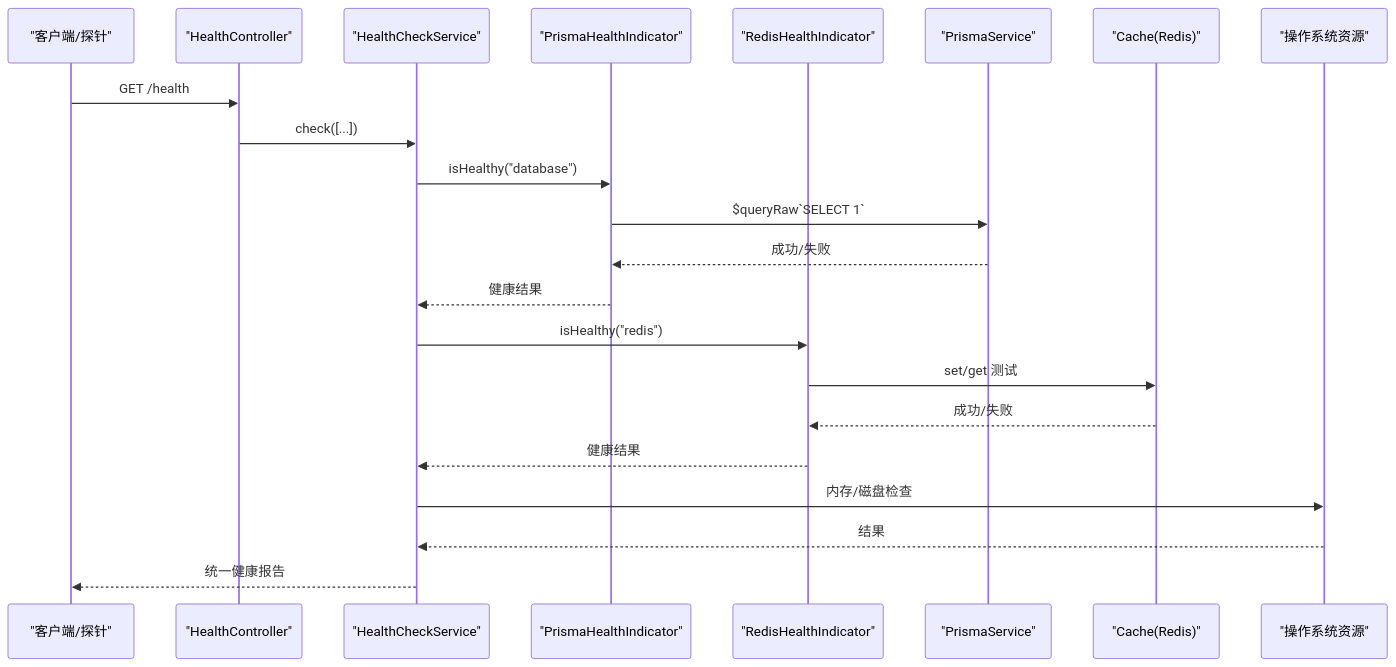
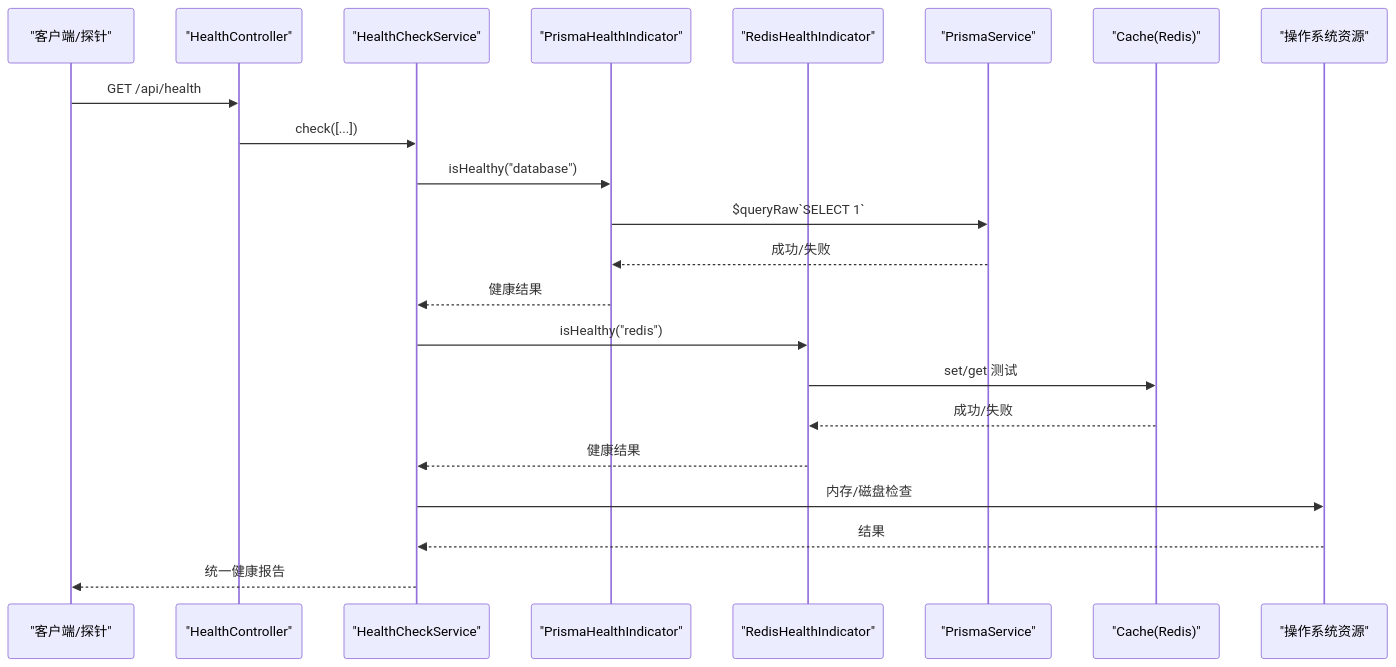
Before and after one commit to xixixiaoyu/vue3-nest-template: the second of 5 diagrams in .qoder/repowiki/zh/content/后端服务/健康检查服务.md, drawn with Mermaid. The commit also changed other lines of this file and 7 other files, not shown here.

First line of the commit message:
docs(health): 更新健康检查路径至 /api/health

````diff
--- a/.qoder/repowiki/zh/content/后端服务/健康检查服务.md
+++ b/.qoder/repowiki/zh/content/后端服务/健康检查服务.md
@@ -97,24 +82,24 @@
 ```mermaid
 sequenceDiagram
 participant Client as "客户端/探针"
 participant HC as "HealthController"
 participant HCS as "HealthCheckService"
 participant PHI as "PrismaHealthIndicator"
 participant RHI as "RedisHealthIndicator"
 participant PS as "PrismaService"
 participant CM as "Cache(Redis)"
 participant OS as "操作系统资源"
-Client->>HC : GET /health
+Client->>HC : GET /api/health
 HC->>HCS : check([...])
 HCS->>PHI : isHealthy("database")
 PHI->>PS : $queryRaw`SELECT 1`
 PS-->>PHI : 成功/失败
 PHI-->>HCS : 健康结果
 HCS->>RHI : isHealthy("redis")
 RHI->>CM : set/get 测试
 CM-->>RHI : 成功/失败
 RHI-->>HCS : 健康结果
 HCS->>OS : 内存/磁盘检查
 OS-->>HCS : 结果
 HCS-->>Client : 统一健康报告
 ```
````
